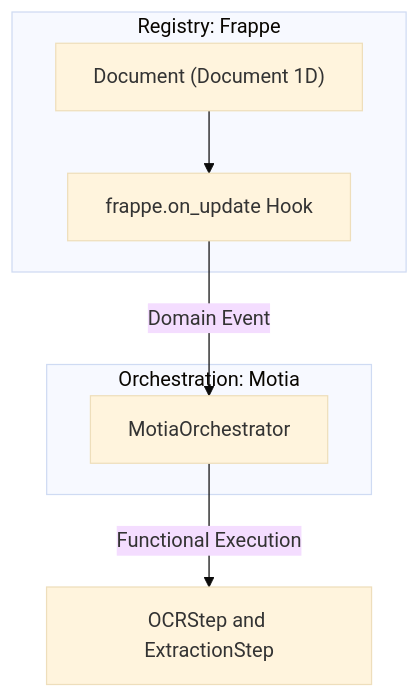
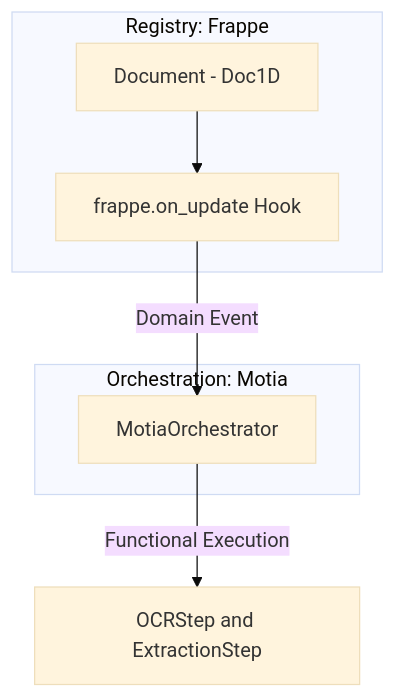
Before and after one commit to internetartsy/JK: the diagram in documentation/frappe_integration.md, drawn with Mermaid (base theme). The commit also changed 2 other files, not shown here.

Commit message:
Fix Mermaid syntax: Remove all parentheses from labels and simplify for GitHub

````diff
--- a/documentation/frappe_integration.md
+++ b/documentation/frappe_integration.md
@@ -13,15 +13,15 @@
 ```mermaid
 flowchart TD
     subgraph Registry_Step [Registry: Frappe]
-        Doc["Document (Document 1D)"]
+        Doc["Document - Doc1D"]
         Hook["frappe.on_update Hook"]
     end
 
     subgraph Logic_Step [Orchestration: Motia]
         MO["MotiaOrchestrator"]
     end
 
     Doc --> Hook
     Hook -->|"Domain Event"| MO
     MO -->|"Functional Execution"| Workers["OCRStep and ExtractionStep"]
 ```
````
